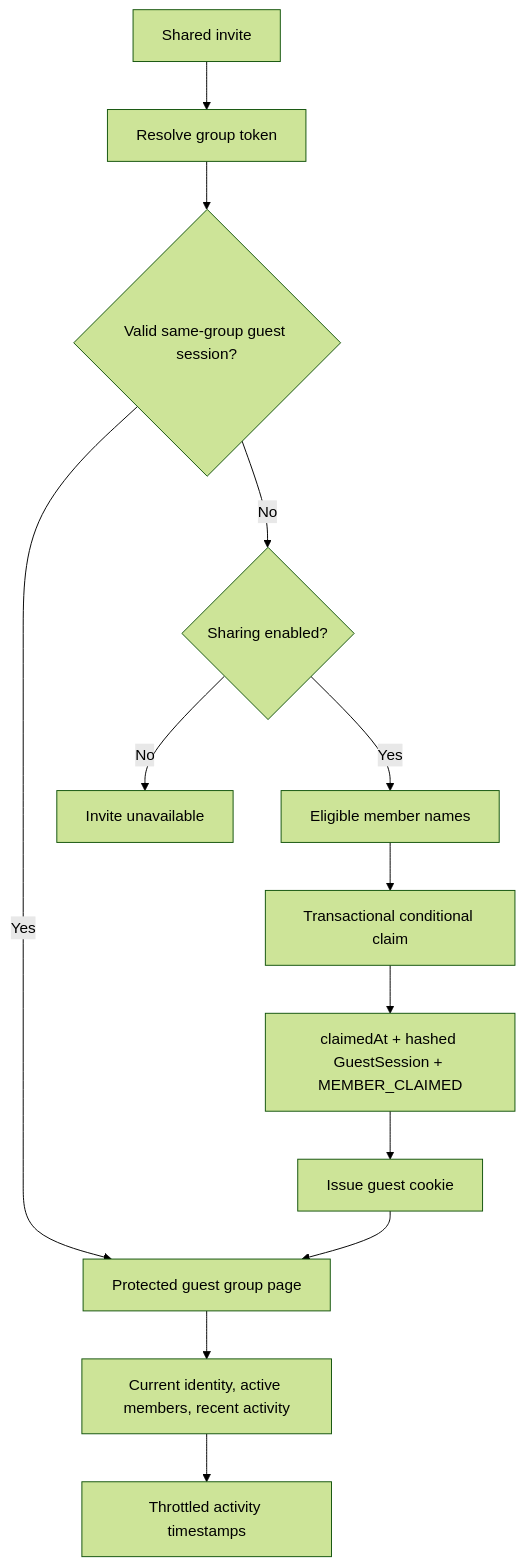
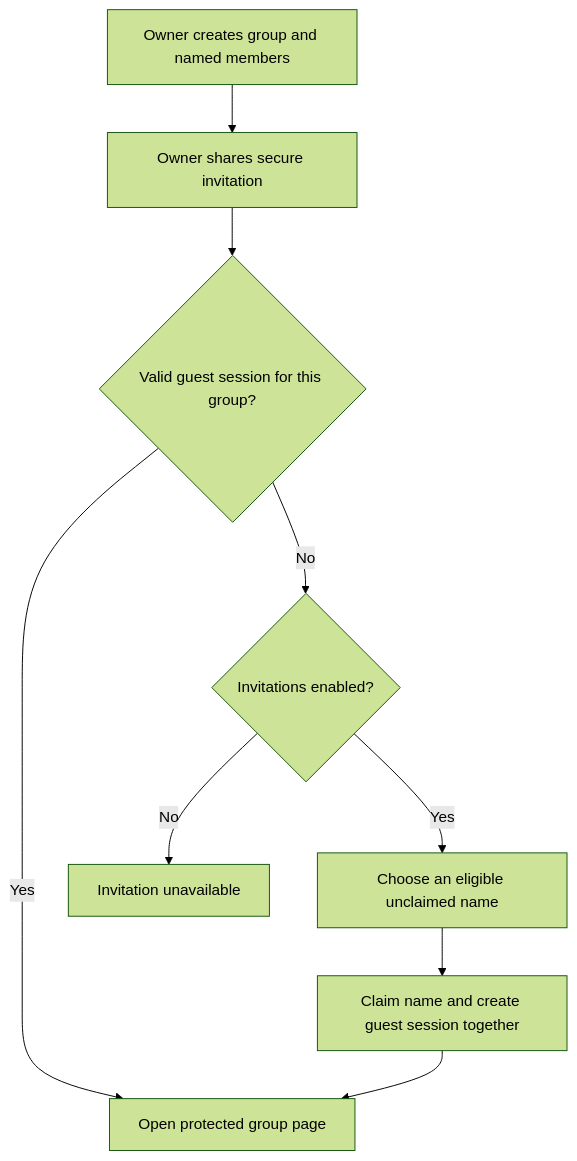
The first of 3 diagrams in docs/architecture.md (hamdqasim25/Split-Mate), drawn with Mermaid (forest theme) before and after one commit. The commit also changed other lines of this file and 15 other files, not shown here.

````diff
--- a/docs/architecture.md
+++ b/docs/architecture.md
@@ -28,15 +42,11 @@
 ```mermaid
 flowchart TD
-    Invite[Shared invite] --> Lookup[Resolve group token]
-    Lookup --> Existing{Valid same-group guest session?}
-    Existing -->|Yes| Group[Protected guest group page]
-    Existing -->|No| Enabled{Sharing enabled?}
-    Enabled -->|Yes| Names[Eligible member names]
-    Names --> Claim[Transactional conditional claim]
-    Claim --> Records[claimedAt + hashed GuestSession + MEMBER_CLAIMED]
-    Records --> Cookie[Issue guest cookie]
-    Cookie --> Group
-    Enabled -->|No| Unavailable[Invite unavailable]
-    Group --> Data[Current identity, active members, recent activity]
-    Data --> Activity[Throttled activity timestamps]
+    A[Owner creates group and named members] --> B[Owner shares secure invitation]
+    B --> C{Valid guest session for this group?}
+    C -->|Yes| G[Open protected group page]
+    C -->|No| D{Invitations enabled?}
+    D -->|No| E[Invitation unavailable]
+    D -->|Yes| F[Choose an eligible unclaimed name]
+    F --> H[Claim name and create guest session together]
+    H --> G
 ```
````
